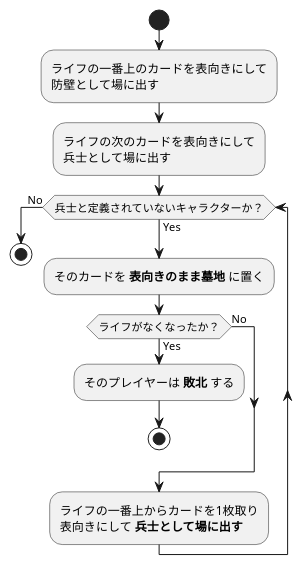
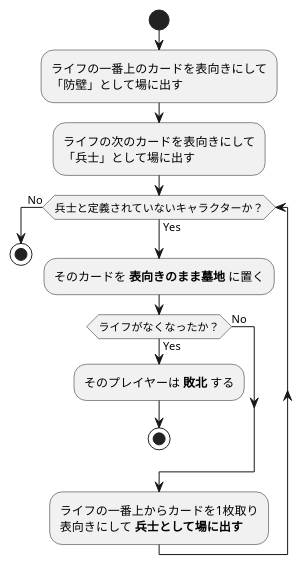
Before and after one commit to BlackPoker/BlackPoker: the diagram in source/common/preset-flow.puml, drawn with PlantUML.

Commit message:
docs: Add common preset flow and test guideline diagrams.

```diff
--- a/source/common/preset-flow.puml
+++ b/source/common/preset-flow.puml
@@ -1,20 +1,20 @@
 @startuml
 start
 :ライフの一番上のカードを表向きにして
-防壁として場に出す;
+「防壁」として場に出す;
 
 :ライフの次のカードを表向きにして
-兵士として場に出す;
+「兵士」として場に出す;
 
 while (兵士と定義されていないキャラクターか？) is (Yes)
     :そのカードを **表向きのまま墓地** に置く;
     if (ライフがなくなったか？) then (Yes)
         :そのプレイヤーは **敗北** する;
         stop
     else (No)
     endif
     :ライフの一番上からカードを1枚取り
     表向きにして **兵士として場に出す** ;
 endwhile (No)
 stop
 @enduml
```
